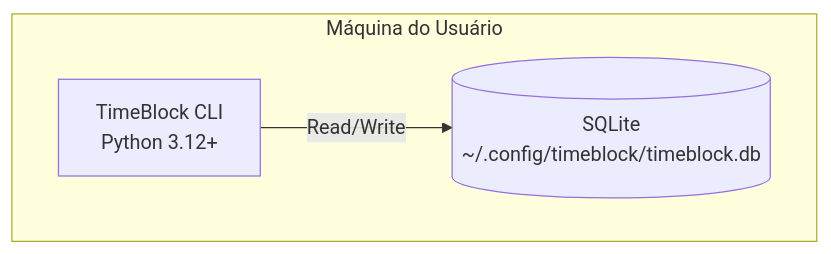
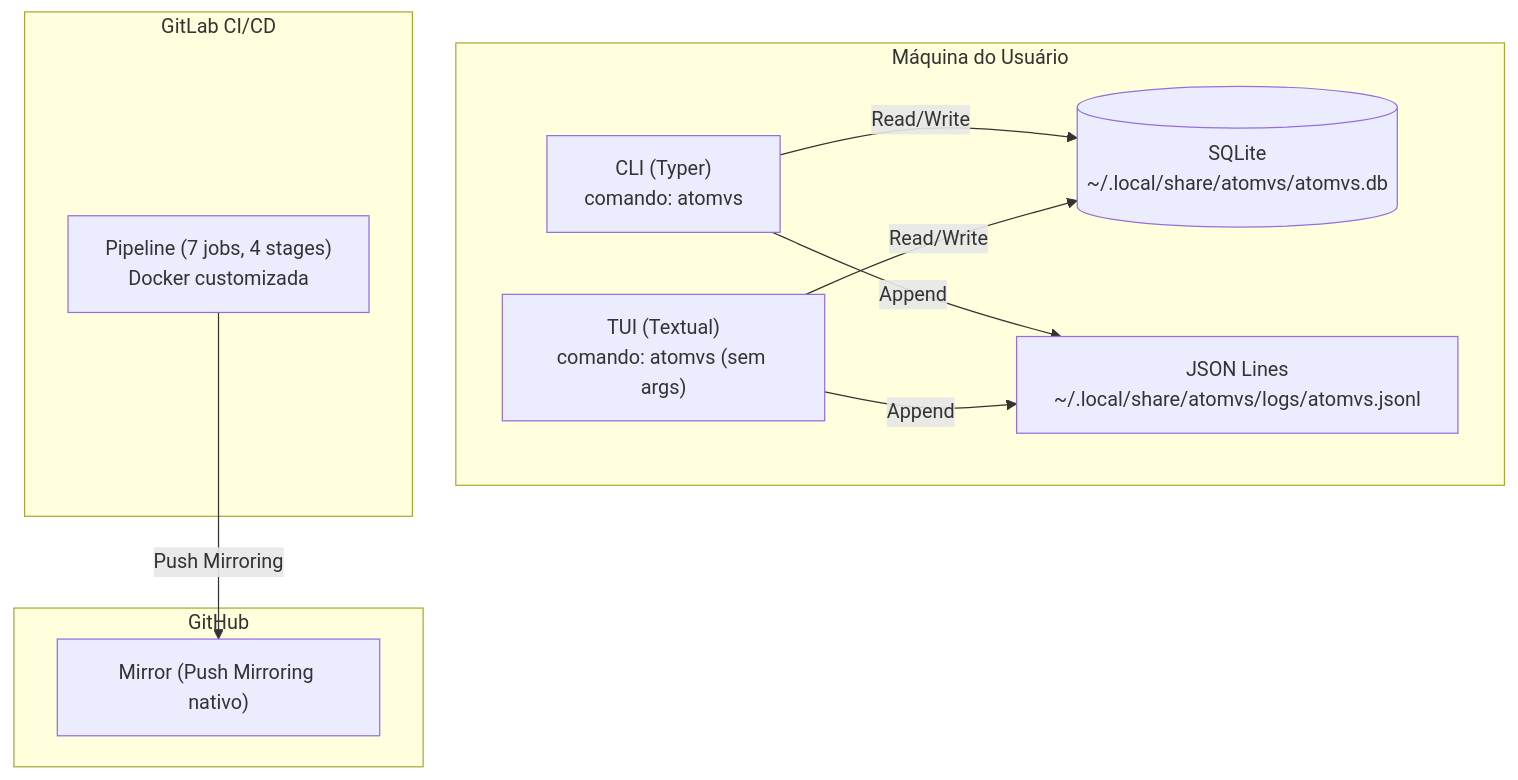
One commit to fabiodelllima/atomvs-timeblock-terminal changed the diagram in docs/diagrams/infrastructure/deployment.md. Above: the diagram before and after it, drawn with Mermaid. The commit also changed other lines of this file, not shown here.

First line of the commit message:
docs(diagrams): Reescreve deployment com infra atual

````diff
--- a/docs/diagrams/infrastructure/deployment.md
+++ b/docs/diagrams/infrastructure/deployment.md
@@ -6,9 +16,23 @@
 ```mermaid
 graph TB
     subgraph UserMachine["Máquina do Usuário"]
-        CLI[TimeBlock CLI<br/>Python 3.12+]
-        DB[(SQLite<br/>~/.config/timeblock/timeblock.db)]
+        CLI["CLI (Typer)<br/>comando: atomvs"]
+        TUI["TUI (Textual)<br/>comando: atomvs (sem args)"]
+        DB[(SQLite<br/>~/.local/share/atomvs/atomvs.db)]
+        Logs["JSON Lines<br/>~/.local/share/atomvs/logs/atomvs.jsonl"]
+    end
+
+    subgraph GitLabCI["GitLab CI/CD"]
+        Pipeline["Pipeline (7 jobs, 4 stages)<br/>Docker customizada"]
+    end
+
+    subgraph GitLabMirror["GitHub"]
+        Mirror["Mirror (Push Mirroring nativo)"]
     end
 
     CLI -->|Read/Write| DB
+    TUI -->|Read/Write| DB
+    CLI -->|Append| Logs
+    TUI -->|Append| Logs
+    Pipeline -->|Push Mirroring| Mirror
 ```
````
